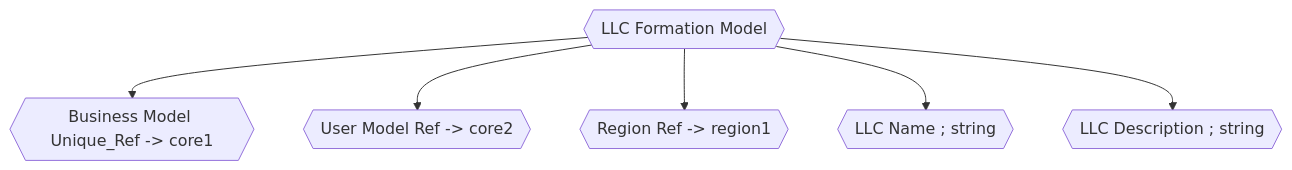
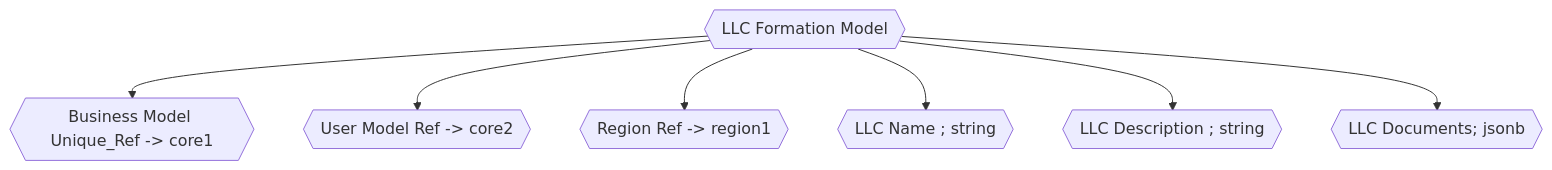
The diagram in src/content/project/rentearth/_graph/llc-formation-model.mdx (KBVE/kbve.com), drawn with Mermaid before and after one commit. The commit also changed other lines of this file and 9 other files, not shown here.

````diff
--- a/src/content/project/rentearth/_graph/llc-formation-model.mdx
+++ b/src/content/project/rentearth/_graph/llc-formation-model.mdx
@@ -7,18 +7,20 @@
 ```mermaid
 graph
 
 layer1{{"LLC Formation Model"}}
 
 lid0{{"Business Model Unique_Ref -> core1"}}
 lid1{{"User Model Ref -> core2"}}
 lid2{{"Region Ref -> region1"}}
 lid3{{"LLC Name ; string"}}
 lid4{{"LLC Description ; string"}}
+lid5{{"LLC Documents; jsonb"}}
 
 layer1 --> lid0
 layer1 --> lid1
 layer1 --> lid2
 layer1 --> lid3
 layer1 --> lid4
+layer1 --> lid5
 
 ```
````
